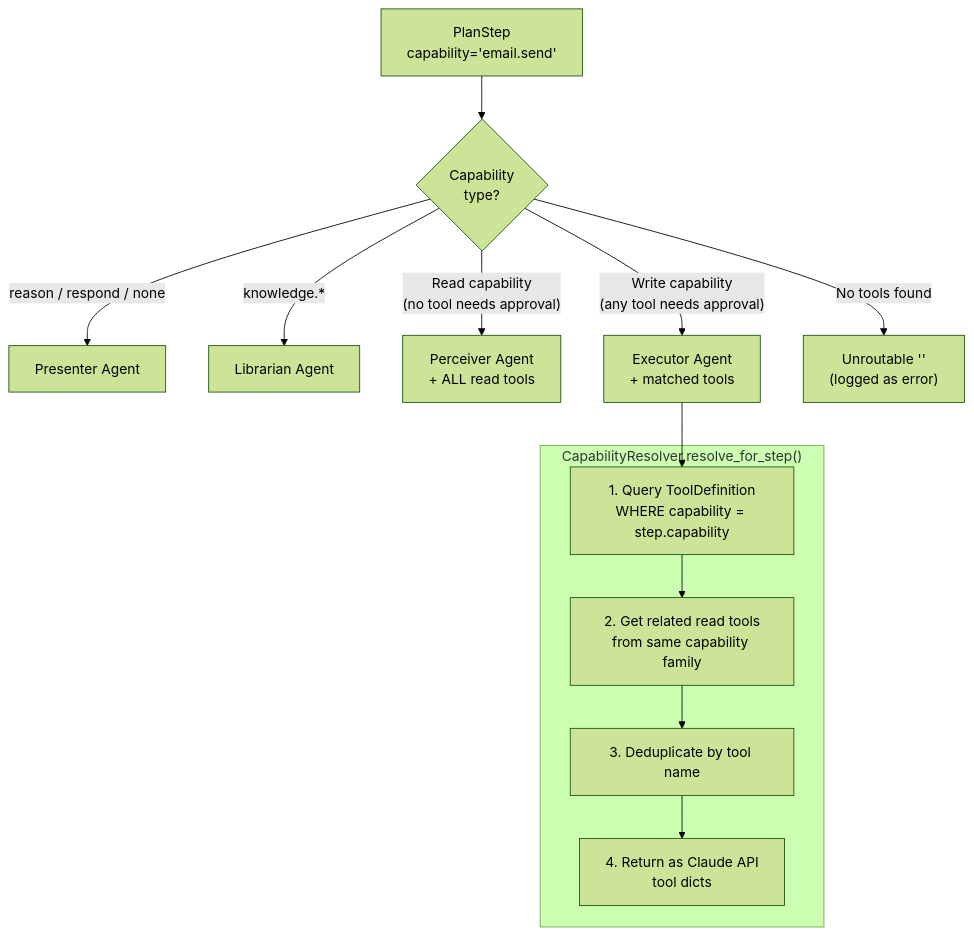
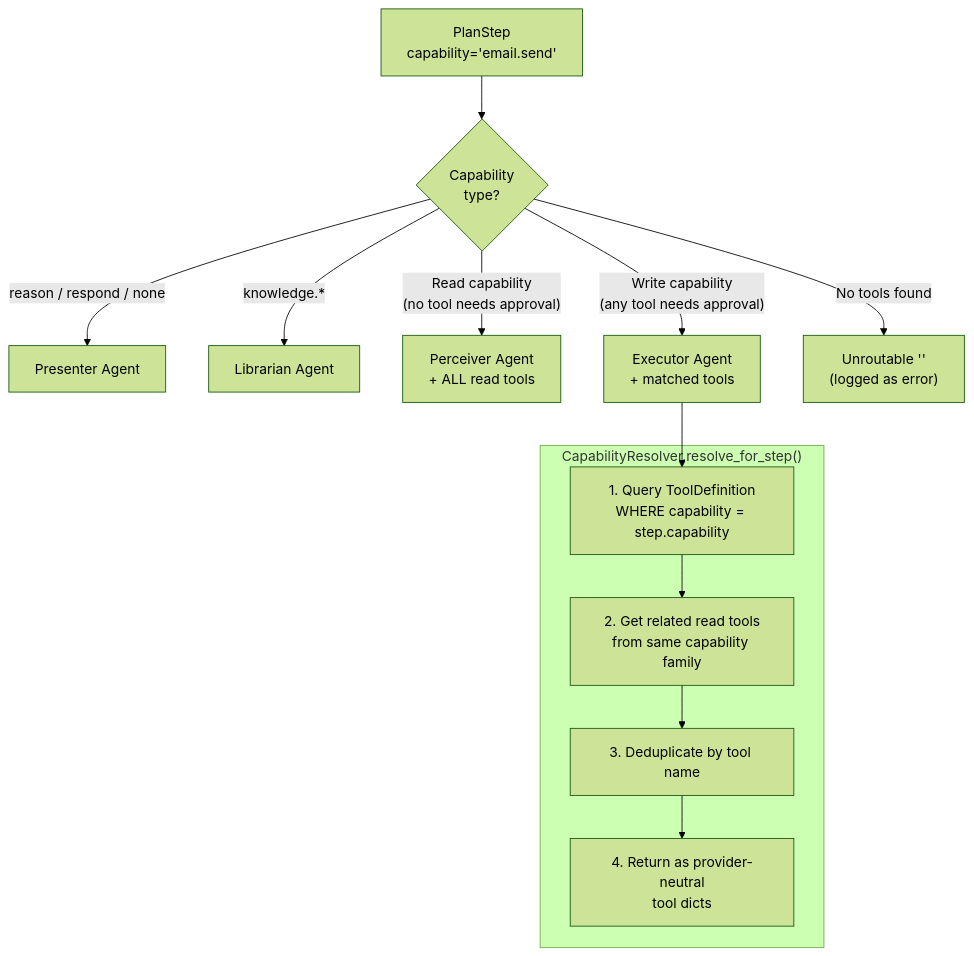
The sixth of 17 diagrams in docs/architecture/plan-execution-deep-dive.md (shivadharmi/muldro), drawn with Mermaid (forest theme) before and after one commit. The commit also changed 3 other files, not shown here.

````diff
--- a/docs/architecture/plan-execution-deep-dive.md
+++ b/docs/architecture/plan-execution-deep-dive.md
@@ -337,22 +337,22 @@
 ```mermaid
 flowchart TD
     STEP["PlanStep<br/>capability='email.send'"]
 
     STEP --> CHECK{Capability<br/>type?}
 
     CHECK -->|"reason / respond / none"| PRES[Presenter Agent]
     CHECK -->|"knowledge.*"| LIB[Librarian Agent]
     CHECK -->|"Read capability<br/>(no tool needs approval)"| PERC[Perceiver Agent<br/>+ ALL read tools]
     CHECK -->|"Write capability<br/>(any tool needs approval)"| OP[Executor Agent<br/>+ matched tools]
     CHECK -->|"No tools found"| UNREACHABLE["Unroutable ''<br/>(logged as error)"]
 
     subgraph "CapabilityResolver.resolve_for_step()"
         R1["1. Query ToolDefinition<br/>WHERE capability = step.capability"]
         R2["2. Get related read tools<br/>from same capability family"]
         R3["3. Deduplicate by tool name"]
-        R4["4. Return as Claude API<br/>tool dicts"]
+        R4["4. Return as provider-neutral<br/>tool dicts"]
         R1 --> R2 --> R3 --> R4
     end
 
     OP --> R1
 ```
````
